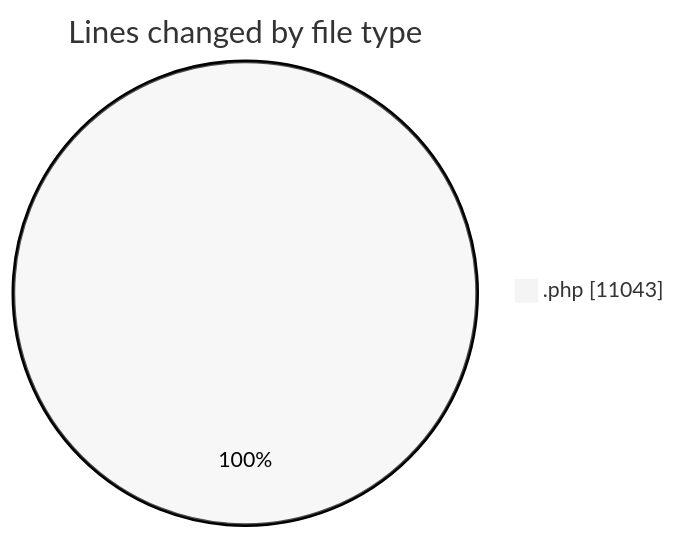
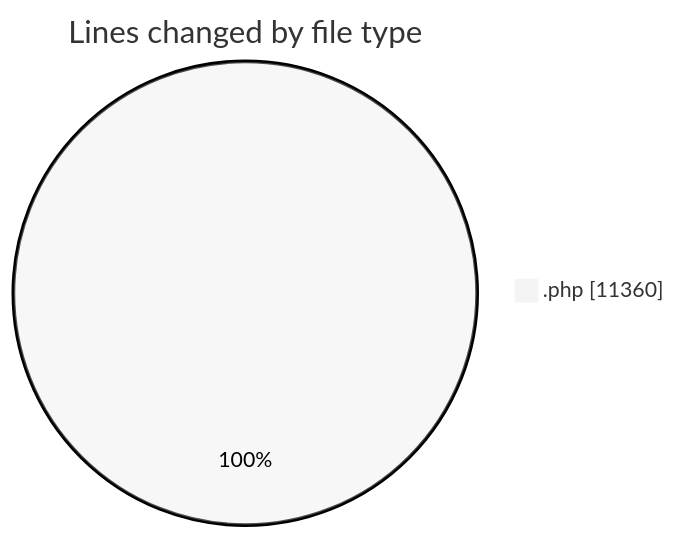
One commit to vahidmafi/code-tracking changed the first of 2 diagrams in 2025-11-09/shop/README.md. Above: the diagram before and after it, drawn with Mermaid (neutral theme). The commit also changed other lines of this file and 1 other file, not shown here.

````diff
--- a/2025-11-09/shop/README.md
+++ b/2025-11-09/shop/README.md
@@ -80,5 +81,5 @@
 ```mermaid
 pie showData
 title Lines changed by file type
-".php" : 11043
+".php" : 11360
 ```
````
